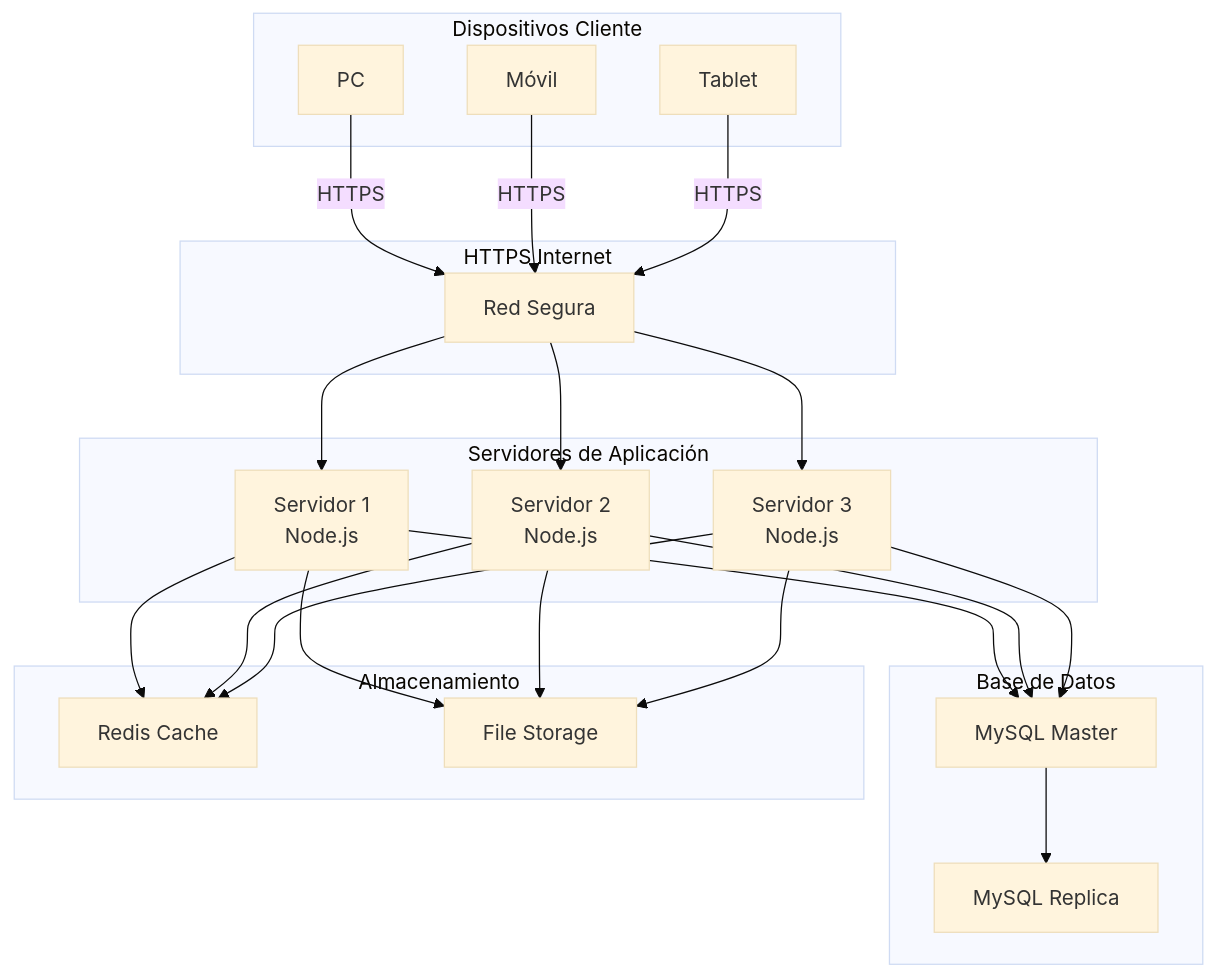
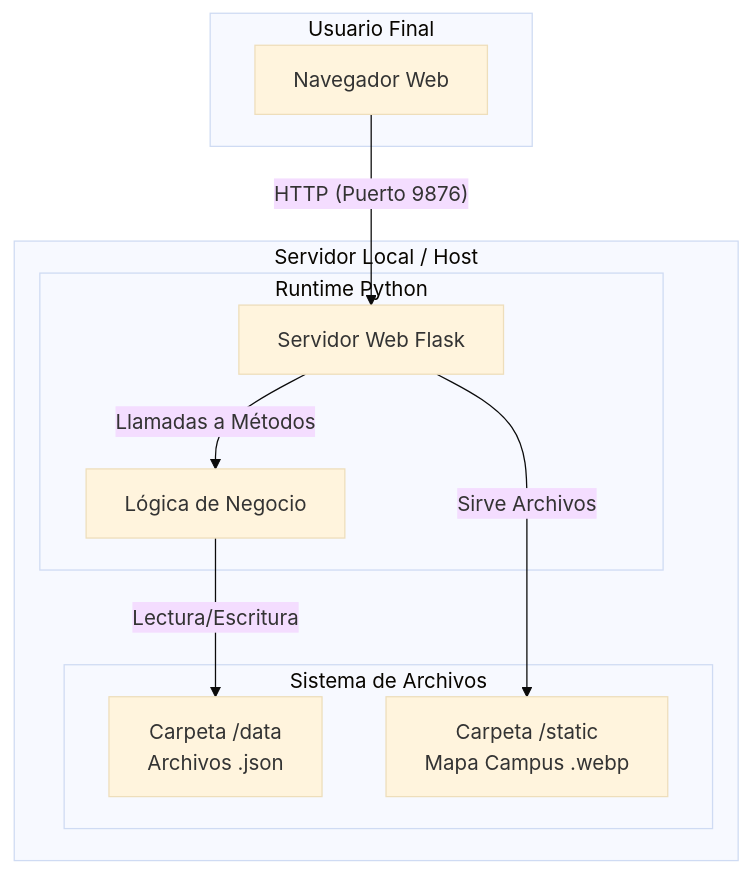
One commit to martin0731/modelado_verificacion_pruebas changed the diagram in diagramas/05_diagrama_despliegue.md. Above: the diagram before and after it, drawn with Mermaid (base theme). The commit also changed 2 other files, not shown here.

Commit message:
actualización de diagramas de componentes, despliegue, secuencia

````diff
--- a/diagramas/05_diagrama_despliegue.md
+++ b/diagramas/05_diagrama_despliegue.md
@@ -3,50 +3,23 @@
 ```mermaid
-graph TB
-    subgraph Clientes["Dispositivos Cliente"]
-        PC[PC]
-        Mobile[Móvil]
-        Tablet[Tablet]
+graph TD
+    subgraph Usuario["Usuario Final"]
+        Browser[Navegador Web]
     end
-    
-    subgraph Internet["HTTPS Internet"]
-        Net[Red Segura]
+
+    subgraph Servidor["Servidor Local / Host"]
+        subgraph Entorno["Runtime Python"]
+            Flask[Servidor Web Flask]
+            Logic[Lógica de Negocio]
+        end
+        
+        subgraph Almacenamiento["Sistema de Archivos"]
+            Data[Carpeta /data<br/>Archivos .json]
+            Static[Carpeta /static<br/>Mapa Campus .webp]
+        end
     end
-    
-    subgraph Servidores["Servidores de Aplicación"]
-        S1[Servidor 1<br/>Node.js]
-        S2[Servidor 2<br/>Node.js]
-        S3[Servidor 3<br/>Node.js]
-    end
-    
-    subgraph BaseDatos["Base de Datos"]
-        Master[MySQL Master]
-        Replica[MySQL Replica]
-    end
-    
-    subgraph Almacenamiento["Almacenamiento"]
-        Cache[Redis Cache]
-        Files[File Storage]
-    end
-    
-    PC -->|HTTPS| Net
-    Mobile -->|HTTPS| Net
-    Tablet -->|HTTPS| Net
-    
-    Net --> S1
-    Net --> S2
-    Net --> S3
-    
-    S1 --> Master
-    S2 --> Master
-    S3 --> Master
-    
-    Master --> Replica
-    
-    S1 --> Cache
-    S2 --> Cache
-    S3 --> Cache
-    
-    S1 --> Files
-    S2 --> Files
-    S3 --> Files
+
+    Browser -- "HTTP (Puerto 9876)" --> Flask
+    Flask -- "Llamadas a Métodos" --> Logic
+    Logic -- "Lectura/Escritura" --> Data
+    Flask -- "Sirve Archivos" --> Static
 ```
````
